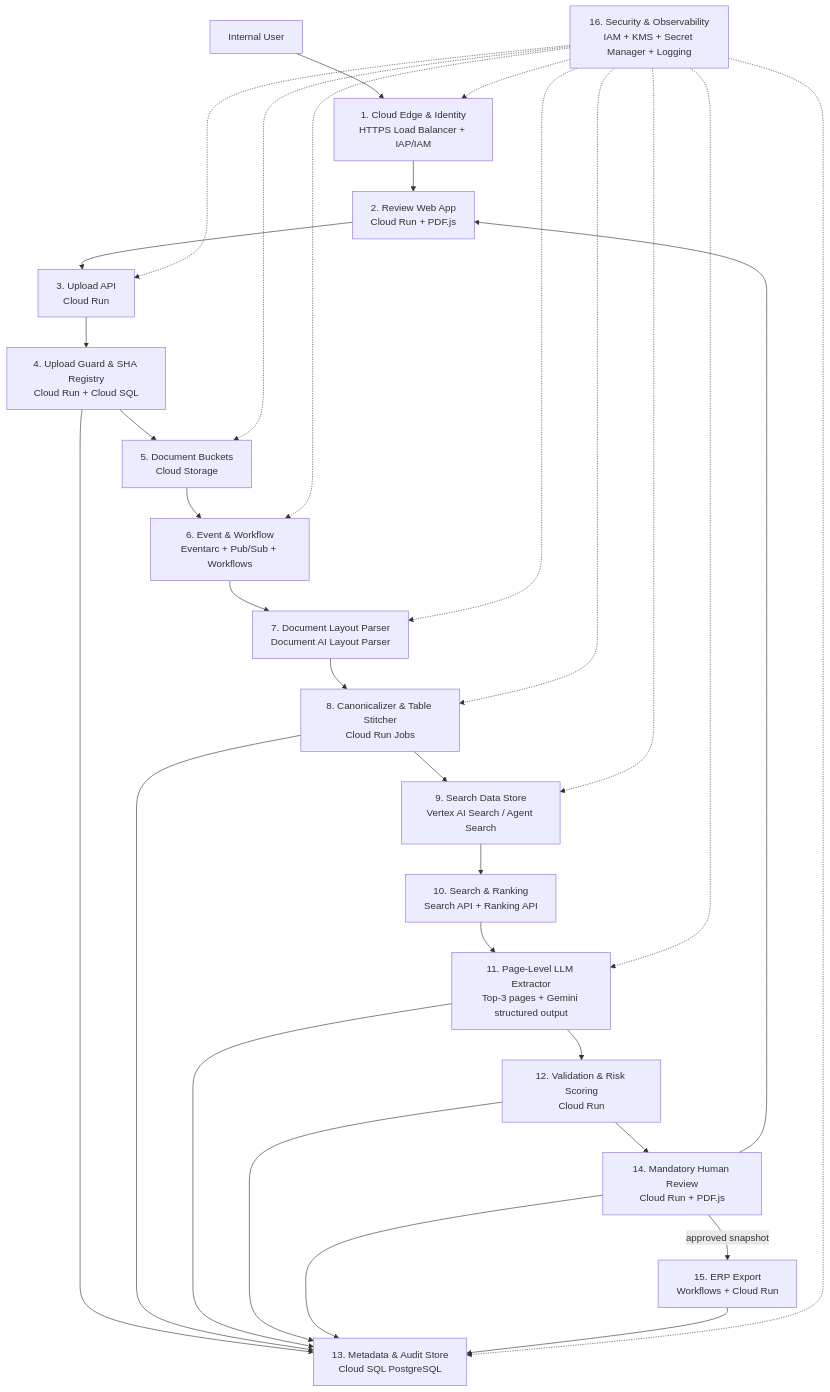
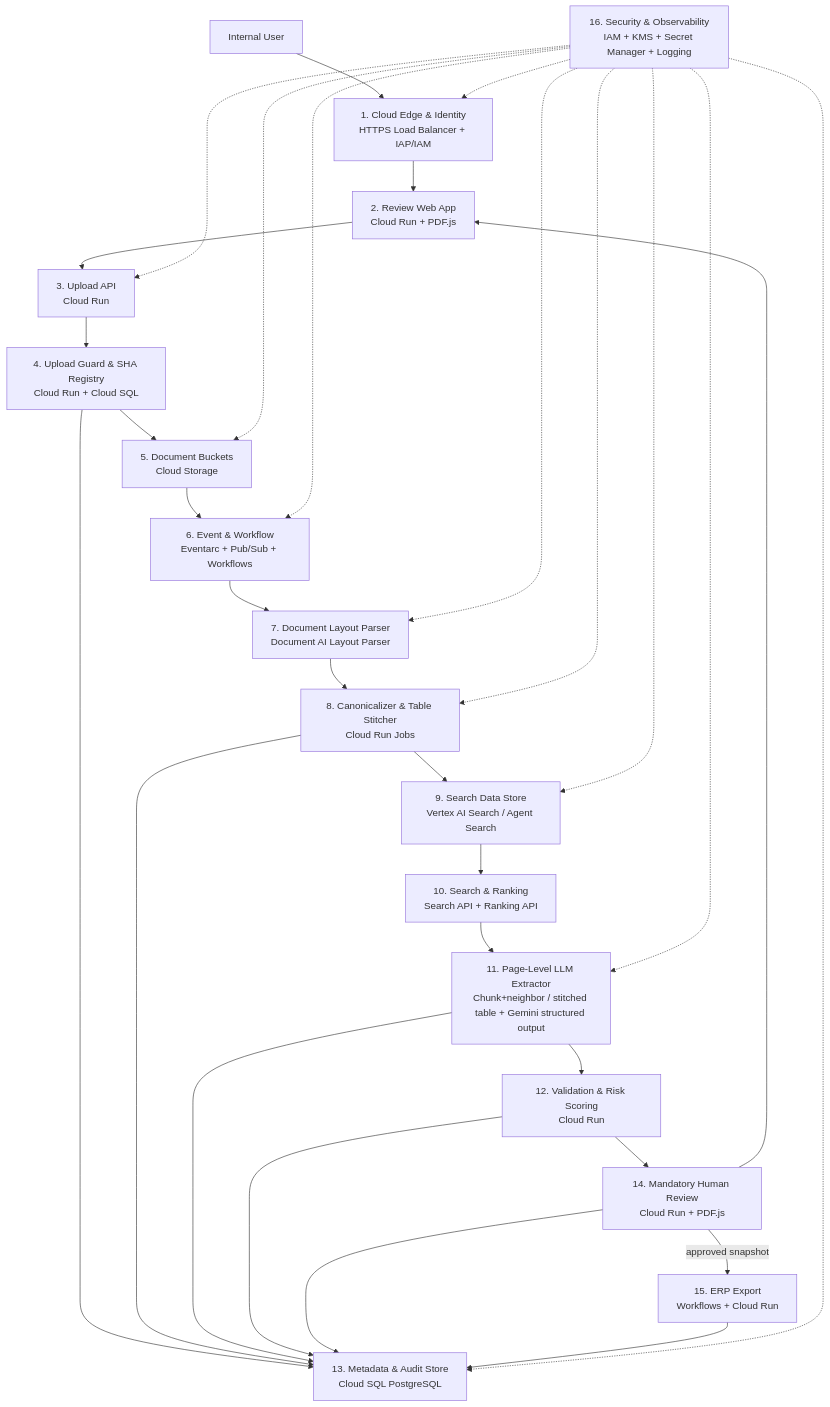
The diagram in architecture_blueprint_google_cloud.md (dudavskyi-dev/Inteligent-Document-Search-), drawn with Mermaid before and after one commit. The commit also changed other lines of this file and 6 other files, not shown here.

Commit message:
page->LLM changed for tested new approach chunks->LLM

````diff
--- a/architecture_blueprint_google_cloud.md
+++ b/architecture_blueprint_google_cloud.md
@@ -40,33 +40,33 @@
 ```mermaid
 flowchart TD
     U["Internal User"] --> C1["1. Cloud Edge & Identity<br/>HTTPS Load Balancer + IAP/IAM"]
     C1 --> C2["2. Review Web App<br/>Cloud Run + PDF.js"]
     C2 --> C3["3. Upload API<br/>Cloud Run"]
     C3 --> C4["4. Upload Guard & SHA Registry<br/>Cloud Run + Cloud SQL"]
     C4 --> C5["5. Document Buckets<br/>Cloud Storage"]
     C5 --> C6["6. Event & Workflow<br/>Eventarc + Pub/Sub + Workflows"]
     C6 --> C7["7. Document Layout Parser<br/>Document AI Layout Parser"]
     C7 --> C8["8. Canonicalizer & Table Stitcher<br/>Cloud Run Jobs"]
     C8 --> C9["9. Search Data Store<br/>Vertex AI Search / Agent Search"]
     C9 --> C10["10. Search & Ranking<br/>Search API + Ranking API"]
-    C10 --> C11["11. Page-Level LLM Extractor<br/>Top-3 pages + Gemini structured output"]
+    C10 --> C11["11. Page-Level LLM Extractor<br/>Chunk+neighbor / stitched table + Gemini structured output"]
     C11 --> C12["12. Validation & Risk Scoring<br/>Cloud Run"]
     C12 --> C14["14. Mandatory Human Review<br/>Cloud Run + PDF.js"]
     C14 --> C2
     C14 -->|approved snapshot| C15["15. ERP Export<br/>Workflows + Cloud Run"]
     C4 --> C13["13. Metadata & Audit Store<br/>Cloud SQL PostgreSQL"]
     C8 --> C13
     C11 --> C13
     C12 --> C13
     C14 --> C13
     C15 --> C13
     C16["16. Security & Observability<br/>IAM + KMS + Secret Manager + Logging"] -.-> C1
     C16 -.-> C3
     C16 -.-> C5
     C16 -.-> C6
     C16 -.-> C7
     C16 -.-> C8
     C16 -.-> C9
     C16 -.-> C11
     C16 -.-> C13
 ```
````
